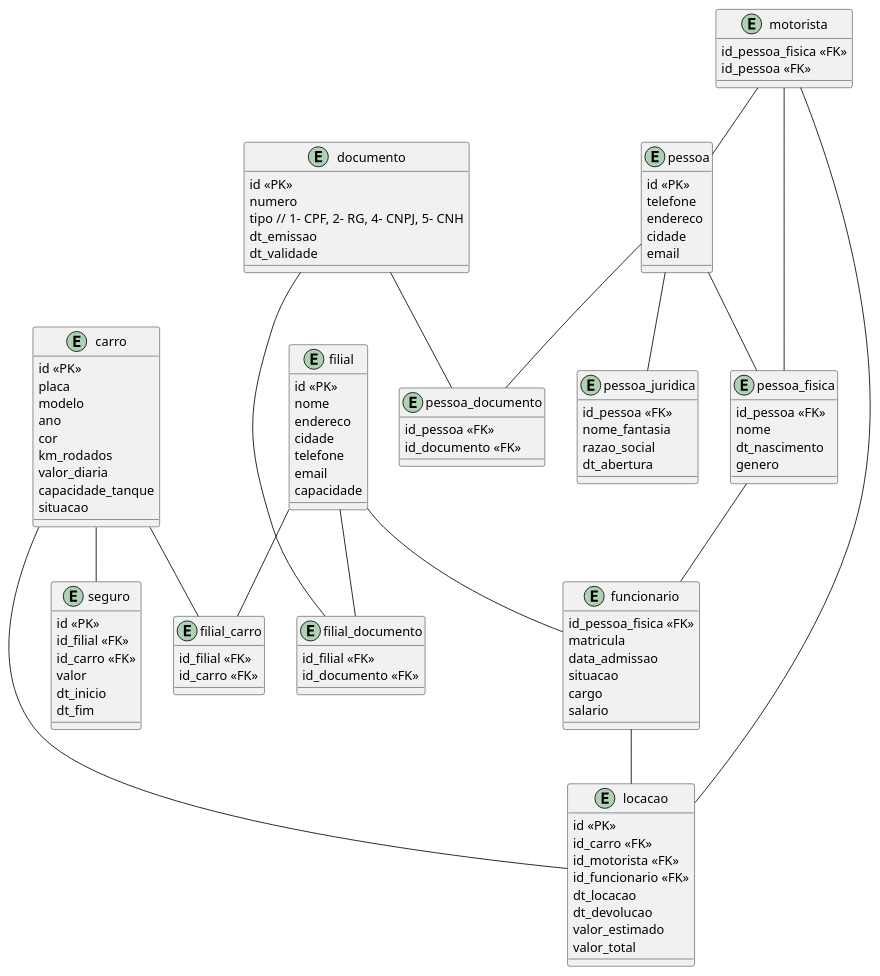
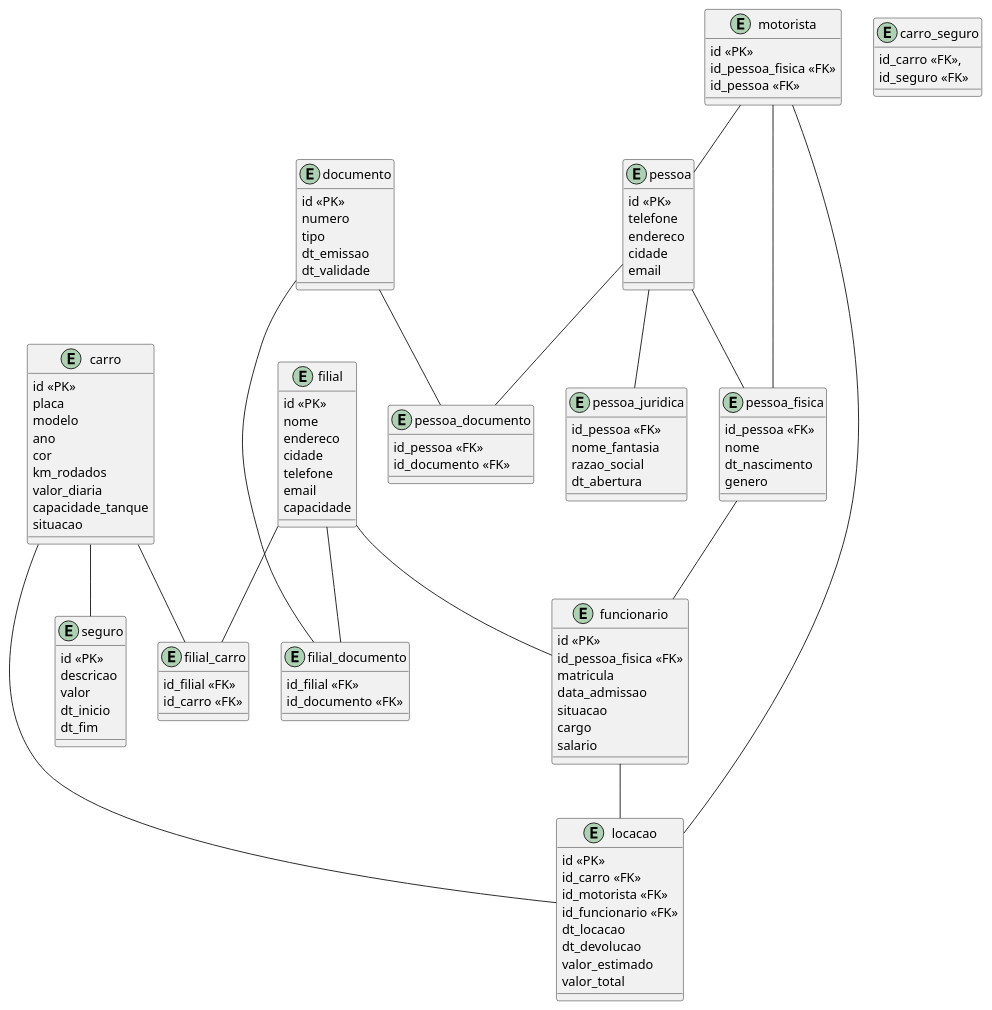
The diagram in veiculos.plantuml (Berjooj/bd_proj_locacao_veiculos), drawn with PlantUML before and after one commit. The commit also changed 2 other files, not shown here.

Commit message:
Ajustes no diagrama e create tables

```diff
--- a/veiculos.plantuml
+++ b/veiculos.plantuml
@@ -1,130 +1,136 @@
 @startuml LocacaoCarros
 
 entity documento{
     id <<PK>>
     numero
-    tipo // 1- CPF, 2- RG, 4- CNPJ, 5- CNH
+    tipo
     dt_emissao
     dt_validade
 }
 
 entity pessoa {
     id <<PK>>
     telefone
     endereco
     cidade
     email
 }
 
 entity pessoa_documento {
     id_pessoa <<FK>>
     id_documento <<FK>>
 }
 
 entity pessoa_fisica {
     id_pessoa <<FK>>
     nome
     dt_nascimento
     genero
 }
 
 entity pessoa_juridica {
     id_pessoa <<FK>>
     nome_fantasia
     razao_social
     dt_abertura
 }
 
 entity motorista {
+    id <<PK>>
     id_pessoa_fisica <<FK>>
     id_pessoa <<FK>>
 }
 
 entity carro {
     id <<PK>>
     placa
     modelo
     ano
     cor
     km_rodados
     valor_diaria
     capacidade_tanque
     situacao
 }
 
 entity locacao {
     id <<PK>>
     id_carro <<FK>>
     id_motorista <<FK>>
     id_funcionario <<FK>>
     dt_locacao
     dt_devolucao
     valor_estimado
     valor_total
 }
 
 entity filial {
     id <<PK>>
     nome
     endereco
     cidade
     telefone
     email
     capacidade
 }
 
 entity funcionario {
+    id <<PK>>
     id_pessoa_fisica <<FK>>
     matricula
     data_admissao
     situacao
     cargo
     salario
 }
 
 entity filial_carro {
     id_filial <<FK>>
     id_carro <<FK>>
 }
 
 entity filial_documento {
     id_filial <<FK>>
     id_documento <<FK>>
 }
 
 entity seguro {
     id <<PK>>
-    id_filial <<FK>>
-    id_carro <<FK>>
+    descricao
     valor
     dt_inicio
     dt_fim
+}
+
+entity carro_seguro {
+    id_carro <<FK>>,
+    id_seguro <<FK>>
 }
 
 pessoa -- pessoa_documento
 documento -- pessoa_documento
 
 pessoa -- pessoa_fisica
 pessoa -- pessoa_juridica
 
 motorista -- pessoa_fisica
 motorista -- pessoa
 
 pessoa_fisica -- funcionario
 
 carro -- filial_carro
 filial -- filial_carro
 
 carro -- seguro
 
 carro -- locacao
 motorista -- locacao
 funcionario -- locacao
 
 filial -- funcionario
 
 filial -- filial_documento
 documento -- filial_documento
 
 
 @enduml
```
